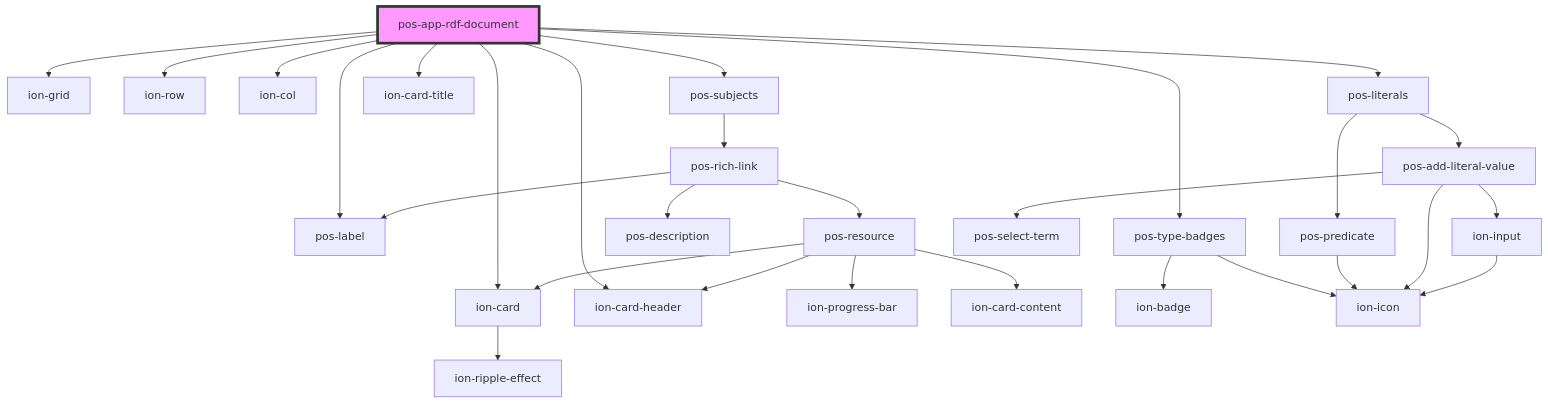
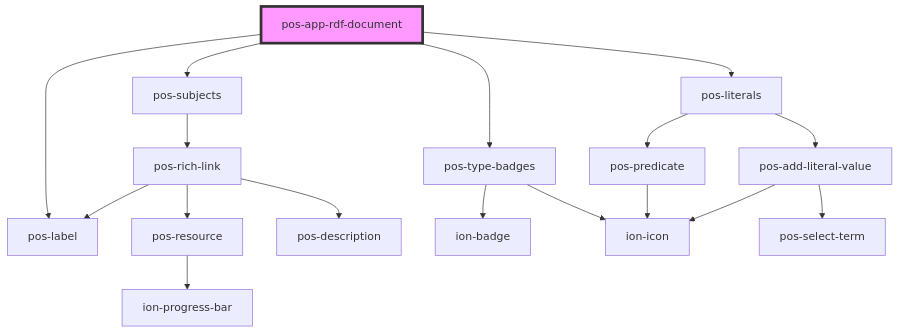
The diagram in docs/elements/apps/pos-app-rdf-document/readme.md (pod-os/PodOS), drawn with Mermaid before and after one commit. The commit also changed other lines of this file and 20 other files, not shown here.

````diff
--- a/docs/elements/apps/pos-app-rdf-document/readme.md
+++ b/docs/elements/apps/pos-app-rdf-document/readme.md
@@ -24,32 +18,20 @@
 ```mermaid
 graph TD;
-  pos-app-rdf-document --> ion-grid
-  pos-app-rdf-document --> ion-row
-  pos-app-rdf-document --> ion-col
   pos-app-rdf-document --> pos-subjects
-  pos-app-rdf-document --> ion-card
-  pos-app-rdf-document --> ion-card-header
-  pos-app-rdf-document --> ion-card-title
   pos-app-rdf-document --> pos-label
   pos-app-rdf-document --> pos-type-badges
   pos-app-rdf-document --> pos-literals
   pos-subjects --> pos-rich-link
   pos-rich-link --> pos-resource
   pos-rich-link --> pos-label
   pos-rich-link --> pos-description
   pos-resource --> ion-progress-bar
-  pos-resource --> ion-card
-  pos-resource --> ion-card-header
-  pos-resource --> ion-card-content
-  ion-card --> ion-ripple-effect
   pos-type-badges --> ion-badge
   pos-type-badges --> ion-icon
   pos-literals --> pos-predicate
   pos-literals --> pos-add-literal-value
   pos-predicate --> ion-icon
   pos-add-literal-value --> ion-icon
   pos-add-literal-value --> pos-select-term
-  pos-add-literal-value --> ion-input
-  ion-input --> ion-icon
   style pos-app-rdf-document fill:#f9f,stroke:#333,stroke-width:4px
 ```
````
